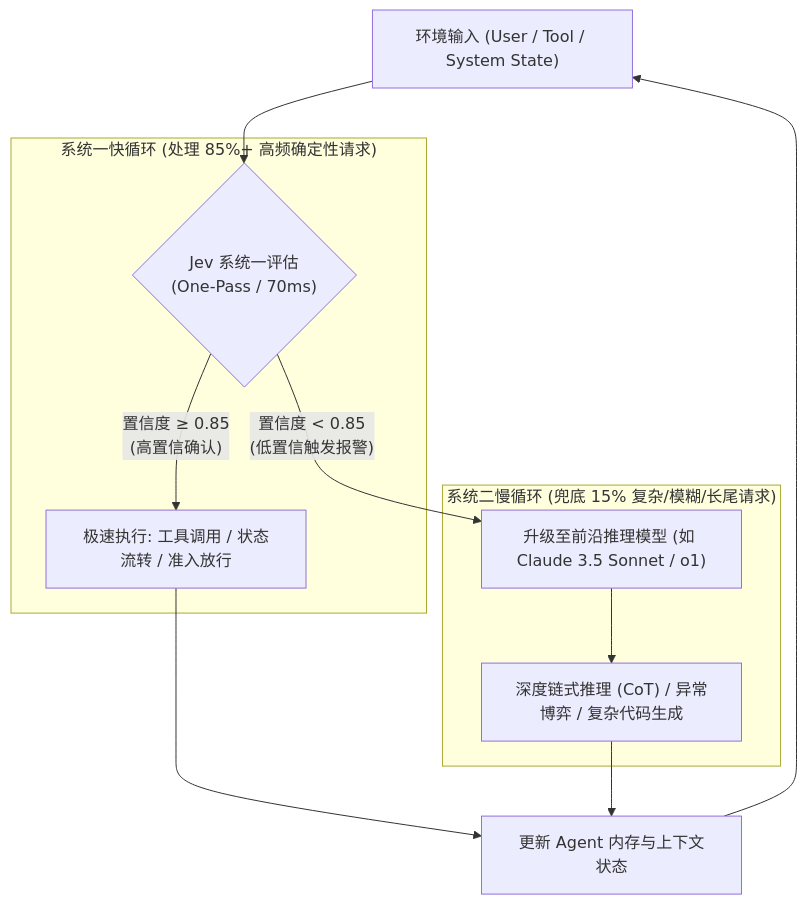
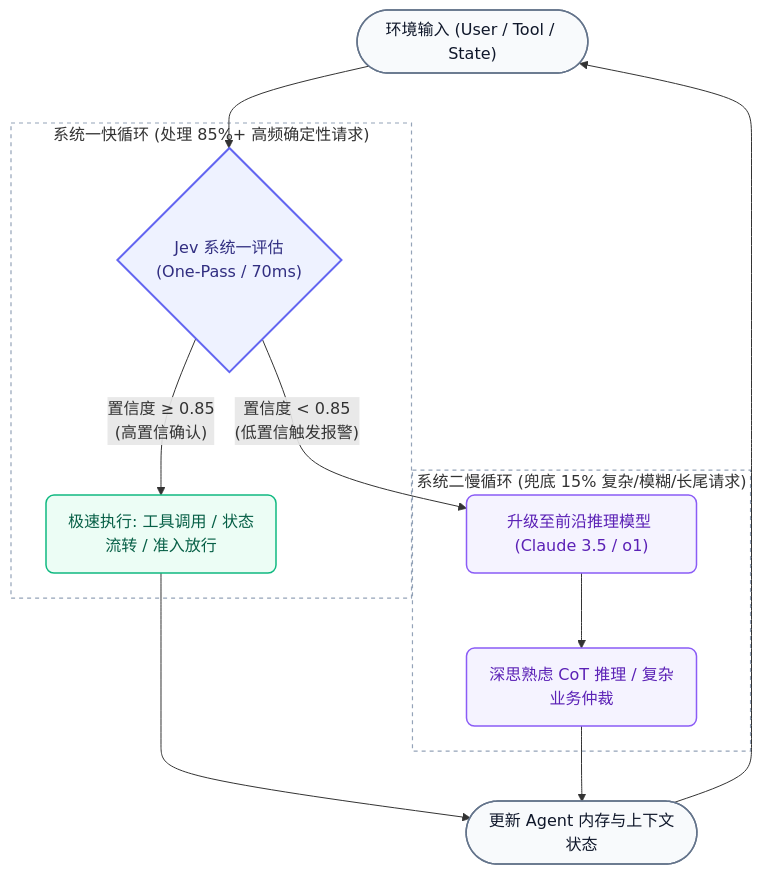
The second of 3 diagrams in content/zh/large_models/jev_typesafe_system_one.md (hobbytp/hobbytp.github.io), drawn with Mermaid before and after one commit. The commit also changed other lines of this file and 2 other files, not shown here.

Commit message:
feat: add Mermaid diagram support, custom layouts, and new content pages

````diff
--- a/content/zh/large_models/jev_typesafe_system_one.md
+++ b/content/zh/large_models/jev_typesafe_system_one.md
@@ -309,17 +317,26 @@
 ```mermaid
 flowchart TD
-    Env["环境输入 (User / Tool / System State)"] --> JevRouter{"Jev 系统一评估<br/>(One-Pass / 70ms)"}
+    %% 节点样式定义：圆角、胶囊、状态流转
+    classDef startNode fill:#F8FAFC,stroke:#64748B,stroke-width:1.5px,rx:18,ry:18,color:#0F172A;
+    classDef routerNode fill:#EEF2FF,stroke:#6366F1,stroke-width:2px,color:#312E81;
+    classDef fastNode fill:#ECFDF5,stroke:#10B981,stroke-width:1.5px,rx:8,ry:8,color:#065F46;
+    classDef slowNode fill:#F5F3FF,stroke:#8B5CF6,stroke-width:1.5px,rx:8,ry:8,color:#5B21B6;
+    classDef subContainer fill:transparent,stroke:#94A3B8,stroke-width:1.2px,stroke-dasharray: 4 4;
+
+    Env(["环境输入 (User / Tool / State)"]):::startNode --> JevRouter{"Jev 系统一评估<br/>(One-Pass / 70ms)"}:::routerNode
 
     subgraph 快路径["系统一快循环 (处理 85%+ 高频确定性请求)"]
-        JevRouter -->|"置信度 ≥ 0.85<br/>(高置信确认)"| FastAction["极速执行: 工具调用 / 状态流转 / 准入放行"]
+        JevRouter -->|"置信度 ≥ 0.85<br/>(高置信确认)"| FastAction("极速执行: 工具调用 / 状态流转 / 准入放行"):::fastNode
     end
+    class 快路径 subContainer;
 
     subgraph 慢路径["系统二慢循环 (兜底 15% 复杂/模糊/长尾请求)"]
-        JevRouter -->|"置信度 < 0.85<br/>(低置信触发报警)"| Escalator["升级至前沿推理模型 (如 Claude 3.5 Sonnet / o1)"]
-        Escalator --> SlowAction["深度链式推理 (CoT) / 异常博弈 / 复杂代码生成"]
+        JevRouter -->|"置信度 < 0.85<br/>(低置信触发报警)"| Escalator("升级至前沿推理模型 (Claude 3.5 / o1)"):::slowNode
+        Escalator --> SlowAction("深思熟虑 CoT 推理 / 复杂业务仲裁"):::slowNode
     end
+    class 慢路径 subContainer;
 
-    FastAction --> NextState["更新 Agent 内存与上下文状态"]
+    FastAction --> NextState(["更新 Agent 内存与上下文状态"]):::startNode
     SlowAction --> NextState
     NextState --> Env
 ```
````
